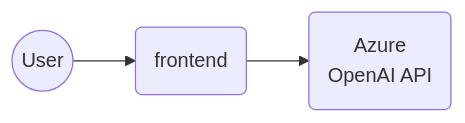
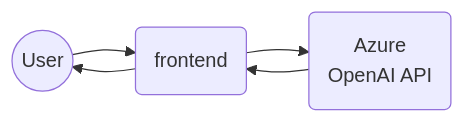
The first of 2 diagrams in README.md (msalemor/openai-content-demos), drawn with Mermaid before and after one commit. The commit also changed other lines of this file, not shown here.

````diff
--- a/README.md
+++ b/README.md
@@ -90,5 +90,7 @@
 ```mermaid
 flowchart LR
 A((User)) --> B(frontend)
 B --> C(Azure<br/>OpenAI API)
+C --> B
+B --> A
 ```
````
